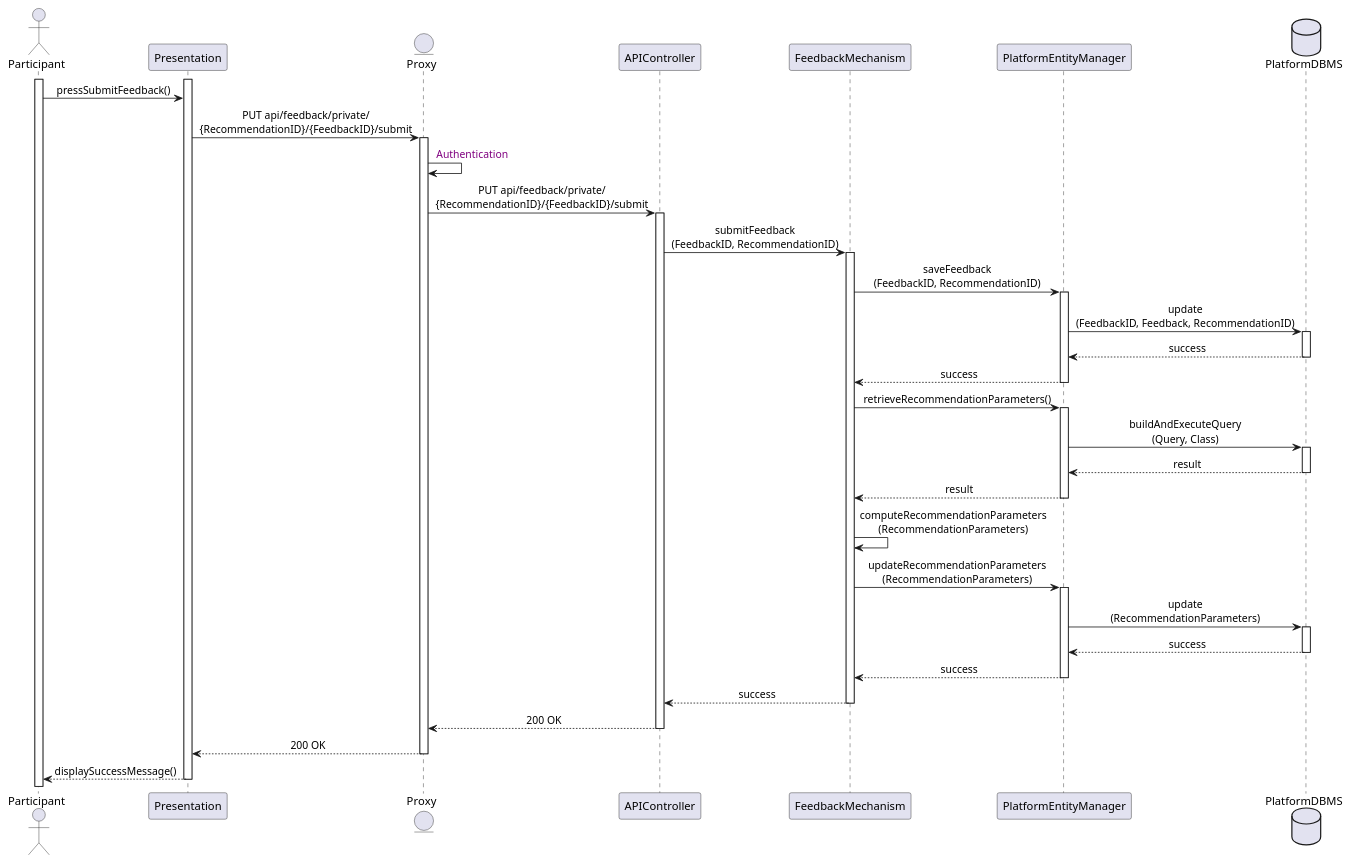
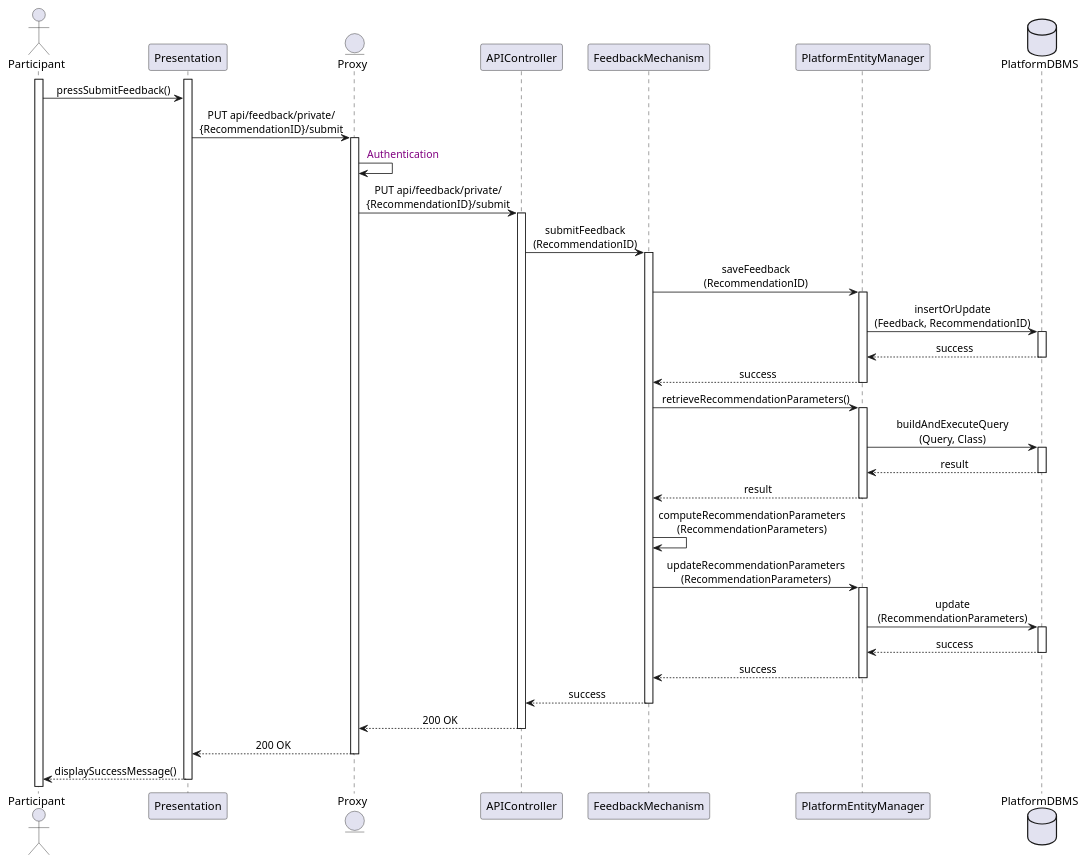
One commit to Slaitroc/RicciPaoliGrisoni changed the diagram in Diagrams/SequenceDiagrams/DD/6.2ParticipantSubmitsFeedback.wsd. Above: the diagram before and after it, drawn with PlantUML.

Commit message:
Reactor removed FeedbackID

```diff
--- a/Diagrams/SequenceDiagrams/DD/6.2ParticipantSubmitsFeedback.wsd
+++ b/Diagrams/SequenceDiagrams/DD/6.2ParticipantSubmitsFeedback.wsd
@@ -1,35 +1,35 @@
 @startuml SubmitFeedback
 skinparam sequenceMessageAlign center
 actor       Participant
 participant  Presentation
 entity      Proxy
 participant APIController
 participant FeedbackMechanism
 participant PlatformEntityManager
 database    PlatformDBMS
 
 activate Participant
 activate Presentation
 Participant -> Presentation  : pressSubmitFeedback()
-Presentation -> Proxy ++ : PUT api/feedback/private/\n{RecommendationID}/{FeedbackID}/submit
+Presentation -> Proxy ++ : PUT api/feedback/private/\n{RecommendationID}/submit
 Proxy -> Proxy : <color:purple> Authentication
-Proxy -> APIController ++ : PUT api/feedback/private/\n{RecommendationID}/{FeedbackID}/submit
-APIController -> FeedbackMechanism ++ : submitFeedback\n(FeedbackID, RecommendationID)
-FeedbackMechanism -> PlatformEntityManager ++ : saveFeedback\n(FeedbackID, RecommendationID)
-PlatformEntityManager -> PlatformDBMS ++ : update\n(FeedbackID, Feedback, RecommendationID)
+Proxy -> APIController ++ : PUT api/feedback/private/\n{RecommendationID}/submit
+APIController -> FeedbackMechanism ++ : submitFeedback\n(RecommendationID)
+FeedbackMechanism -> PlatformEntityManager ++ : saveFeedback\n(RecommendationID)
+PlatformEntityManager -> PlatformDBMS ++ : insertOrUpdate\n(Feedback, RecommendationID)
 PlatformDBMS --> PlatformEntityManager -- : success
 PlatformEntityManager --> FeedbackMechanism -- : success
 FeedbackMechanism -> PlatformEntityManager ++ : retrieveRecommendationParameters()
 PlatformEntityManager -> PlatformDBMS ++ : buildAndExecuteQuery\n(Query, Class)
 PlatformDBMS --> PlatformEntityManager -- : result
 PlatformEntityManager --> FeedbackMechanism -- : result
 FeedbackMechanism -> FeedbackMechanism : computeRecommendationParameters\n(RecommendationParameters)
 FeedbackMechanism -> PlatformEntityManager ++ : updateRecommendationParameters\n(RecommendationParameters)
 PlatformEntityManager -> PlatformDBMS ++ : update\n(RecommendationParameters)
 PlatformDBMS --> PlatformEntityManager -- : success
 PlatformEntityManager --> FeedbackMechanism -- : success
 FeedbackMechanism --> APIController -- : success
 APIController --> Proxy -- : 200 OK  
 Proxy --> Presentation -- : 200 OK 
 Presentation --> Participant -- : displaySuccessMessage()
 @enduml
```
